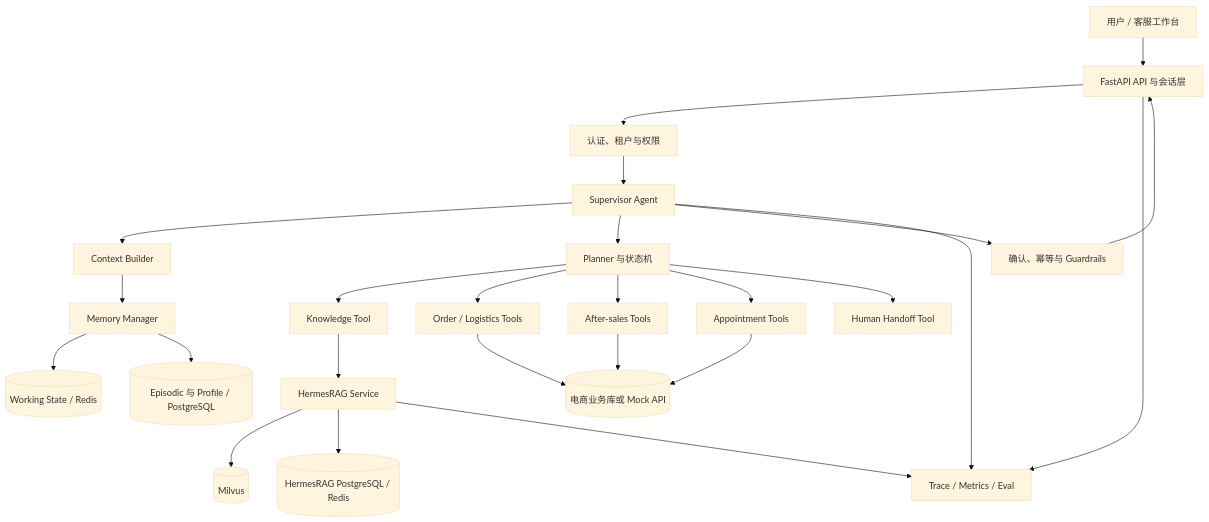
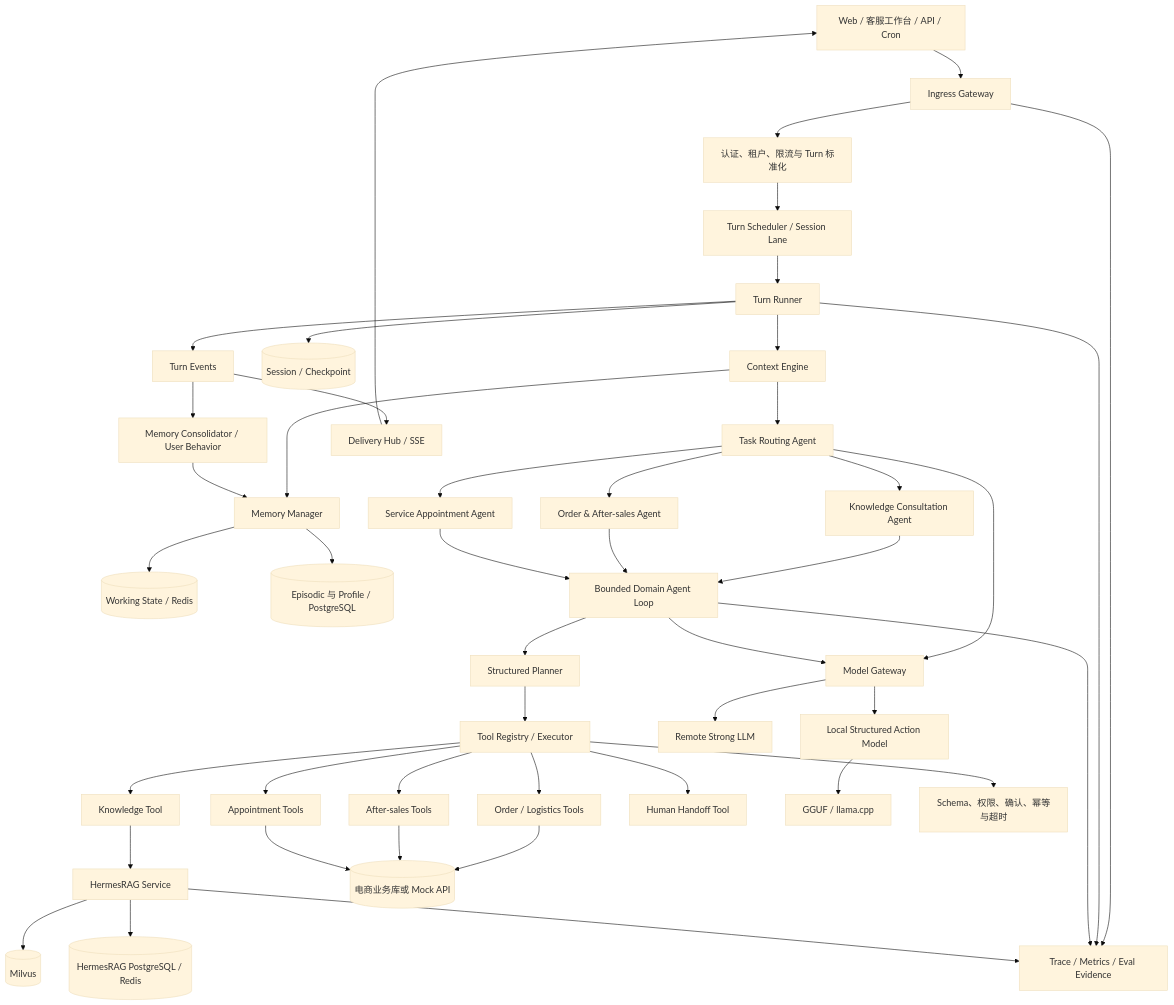
One commit to kaiy88117/JakePilot changed the first of 3 diagrams in docs/superpowers/specs/2026-09-17-ecommerce-agent-architecture-design.md. Above: the diagram before and after it, drawn with Mermaid (base theme). The commit also changed other lines of this file and 2 other files, not shown here.

Commit message:
docs: document post-training interview plan

````diff
--- a/docs/superpowers/specs/2026-09-17-ecommerce-agent-architecture-design.md
+++ b/docs/superpowers/specs/2026-09-17-ecommerce-agent-architecture-design.md
@@ -60,33 +79,54 @@
 ```mermaid
 flowchart TB
-    U[用户 / 客服工作台] --> API[FastAPI API 与会话层]
-    API --> AUTH[认证、租户与权限]
-    AUTH --> SUP[Supervisor Agent]
-
-    SUP --> CTX[Context Builder]
+    U[Web / 客服工作台 / API / Cron] --> IG[Ingress Gateway]
+    IG --> AUTH[认证、租户、限流与 Turn 标准化]
+    AUTH --> SCH[Turn Scheduler / Session Lane]
+    SCH --> RUN[Turn Runner]
+    RUN --> CTX[Context Engine]
     CTX --> MEM[Memory Manager]
     MEM --> WM[(Working State / Redis)]
     MEM --> PM[(Episodic 与 Profile / PostgreSQL)]
 
-    SUP --> PLAN[Planner 与状态机]
-    PLAN --> KG[Knowledge Tool]
-    PLAN --> OT[Order / Logistics Tools]
-    PLAN --> AT[After-sales Tools]
-    PLAN --> AP[Appointment Tools]
-    PLAN --> HO[Human Handoff Tool]
+    CTX --> ROUTER[Task Routing Agent]
+    ROUTER --> CONSULT[Knowledge Consultation Agent]
+    ROUTER --> AFTER[Order & After-sales Agent]
+    ROUTER --> SERVICE[Service Appointment Agent]
+
+    CONSULT --> LOOP[Bounded Domain Agent Loop]
+    AFTER --> LOOP
+    SERVICE --> LOOP
+    LOOP --> PLAN[Structured Planner]
+    PLAN --> REG[Tool Registry / Executor]
+    REG --> KG[Knowledge Tool]
+    REG --> OT[Order / Logistics Tools]
+    REG --> AT[After-sales Tools]
+    REG --> AP[Appointment Tools]
+    REG --> HO[Human Handoff Tool]
+
+    ROUTER --> MG[Model Gateway]
+    LOOP --> MG
+    MG --> LLM[Remote Strong LLM]
+    MG --> SLM[Local Structured Action Model]
+    SLM --> CPU[GGUF / llama.cpp]
 
     KG --> HR[HermesRAG Service]
     HR --> MV[(Milvus)]
     HR --> HDB[(HermesRAG PostgreSQL / Redis)]
 
     OT --> BDB[(电商业务库或 Mock API)]
     AT --> BDB
     AP --> BDB
 
-    SUP --> GUARD[确认、幂等与 Guardrails]
-    GUARD --> API
+    REG --> GUARD[Schema、权限、确认、幂等与超时]
+    RUN --> CKPT[(Session / Checkpoint)]
+    RUN --> EVT[Turn Events]
+    EVT --> MC[Memory Consolidator / User Behavior]
+    MC --> MEM
+    EVT --> DEL[Delivery Hub / SSE]
+    DEL --> U
 
-    API --> OBS[Trace / Metrics / Eval]
-    SUP --> OBS
+    IG --> OBS[Trace / Metrics / Eval Evidence]
+    RUN --> OBS
+    LOOP --> OBS
     HR --> OBS
 ```
````
